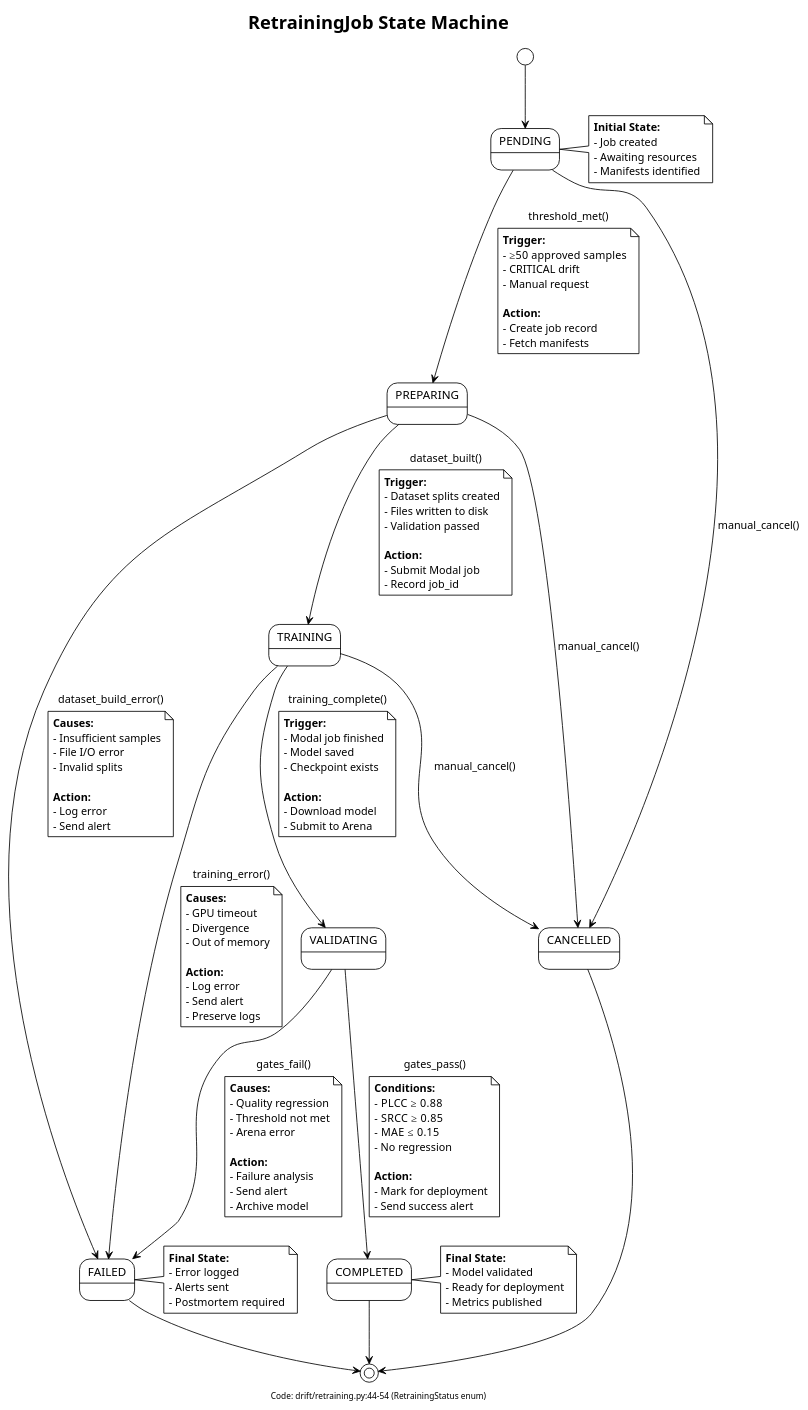
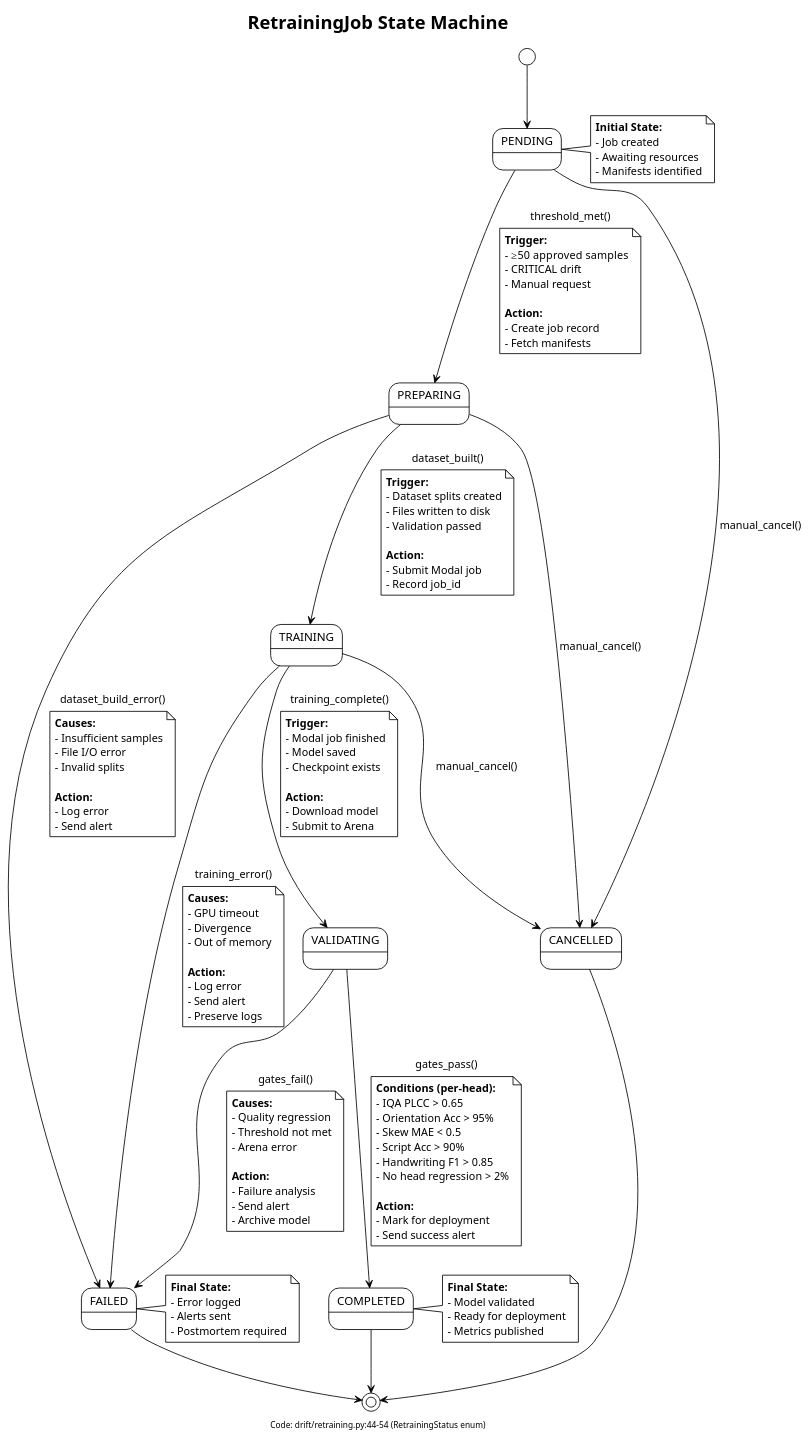
One commit to williaby/image-preprocessing-detector changed the second of 4 diagrams in docs/architecture/diagrams/level-3/monitoring-drift/end-to-end-lifecycle.md. Above: the diagram before and after it, drawn with PlantUML. The commit also changed other lines of this file and 99 other files, not shown here.

First line of the commit message:
refactor(docs): reorganize architecture diagrams and add Level 3 docs

```diff
--- a/docs/architecture/diagrams/level-3/monitoring-drift/end-to-end-lifecycle.md
+++ b/docs/architecture/diagrams/level-3/monitoring-drift/end-to-end-lifecycle.md
@@ -559,11 +567,13 @@
 
 VALIDATING --> COMPLETED: gates_pass()
 note on link
-  **Conditions:**
-  - PLCC ≥ 0.88
-  - SRCC ≥ 0.85
-  - MAE ≤ 0.15
-  - No regression
+  **Conditions (per-head):**
+  - IQA PLCC > 0.65
+  - Orientation Acc > 95%
+  - Skew MAE < 0.5
+  - Script Acc > 90%
+  - Handwriting F1 > 0.85
+  - No head regression > 2%
 
   **Action:**
   - Mark for deployment
```
